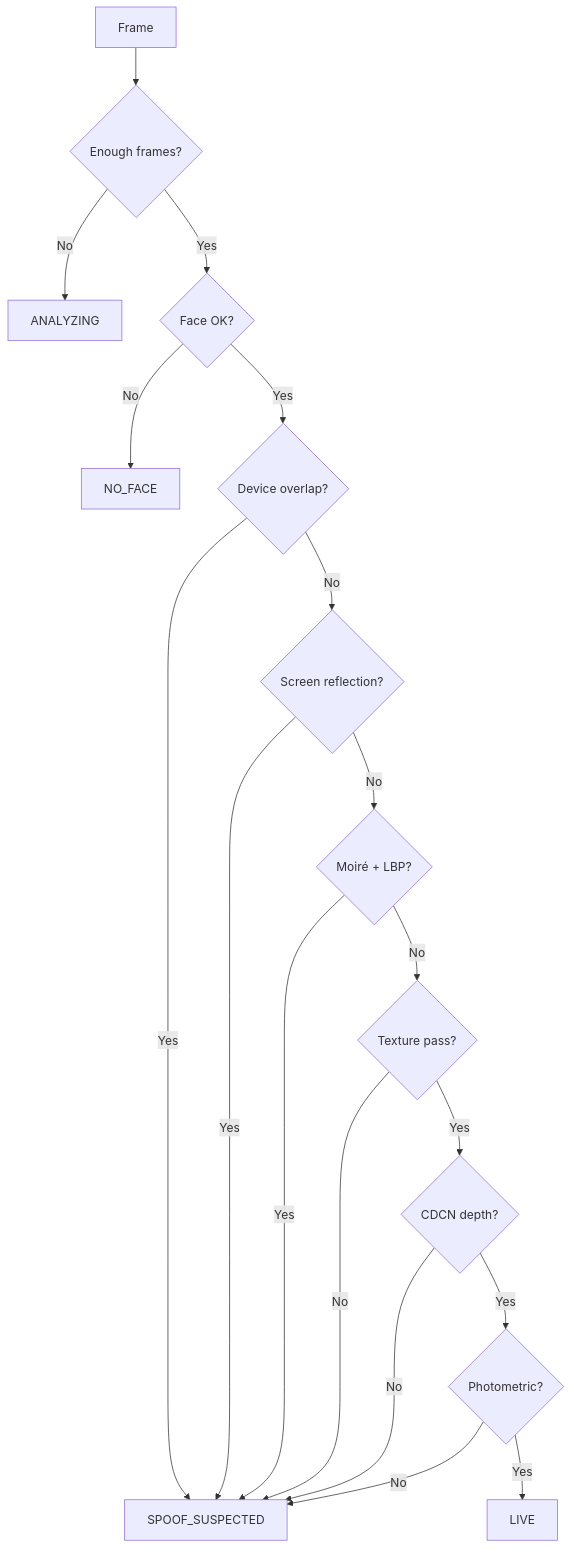
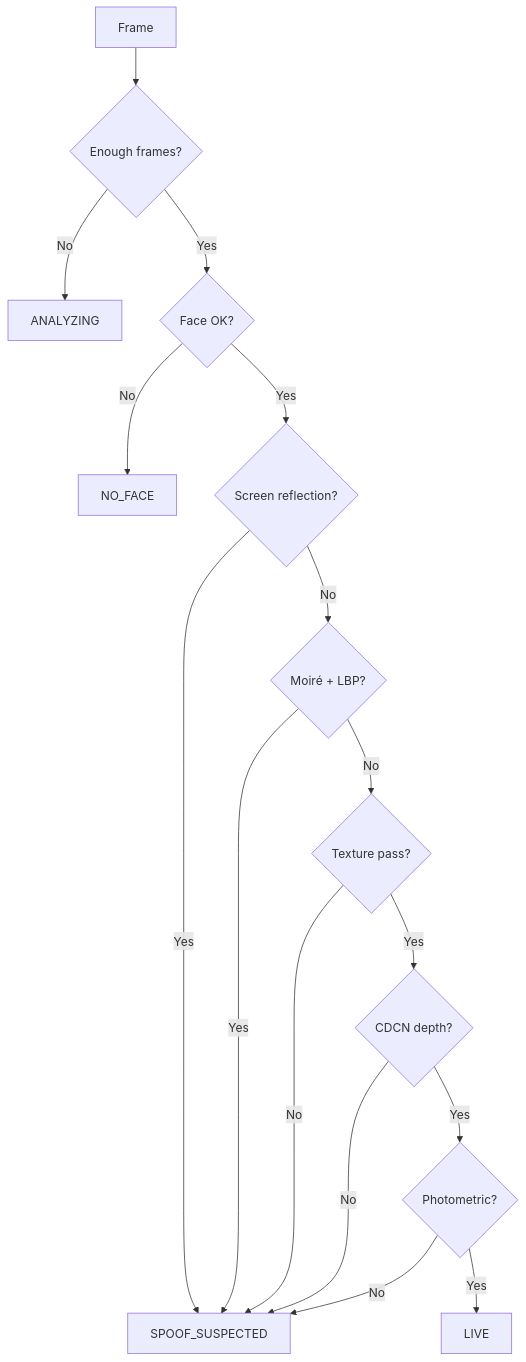
The second of 2 diagrams in README.md (iamjosephmj/OpenPAD), drawn with Mermaid before and after one commit. The commit also changed other lines of this file and 40 other files, not shown here.

````diff
--- a/README.md
+++ b/README.md
@@ -320,20 +314,18 @@
 ```mermaid
 flowchart TD
     A[Frame] --> B{Enough frames?}
     B -->|No| ANALYZING[ANALYZING]
     B -->|Yes| C{Face OK?}
     C -->|No| NO_FACE[NO_FACE]
-    C -->|Yes| D{Device overlap?}
+    C -->|Yes| D{Screen reflection?}
     D -->|Yes| SPOOF[SPOOF_SUSPECTED]
-    D -->|No| D2{Screen reflection?}
-    D2 -->|Yes| SPOOF
-    D2 -->|No| E{Moiré + LBP?}
+    D -->|No| E{Moiré + LBP?}
     E -->|Yes| SPOOF
     E -->|No| F{Texture pass?}
     F -->|No| SPOOF
     F -->|Yes| G{CDCN depth?}
     G -->|No| SPOOF
     G -->|Yes| H{Photometric?}
     H -->|No| SPOOF
     H -->|Yes| LIVE[LIVE]
 ```
````
